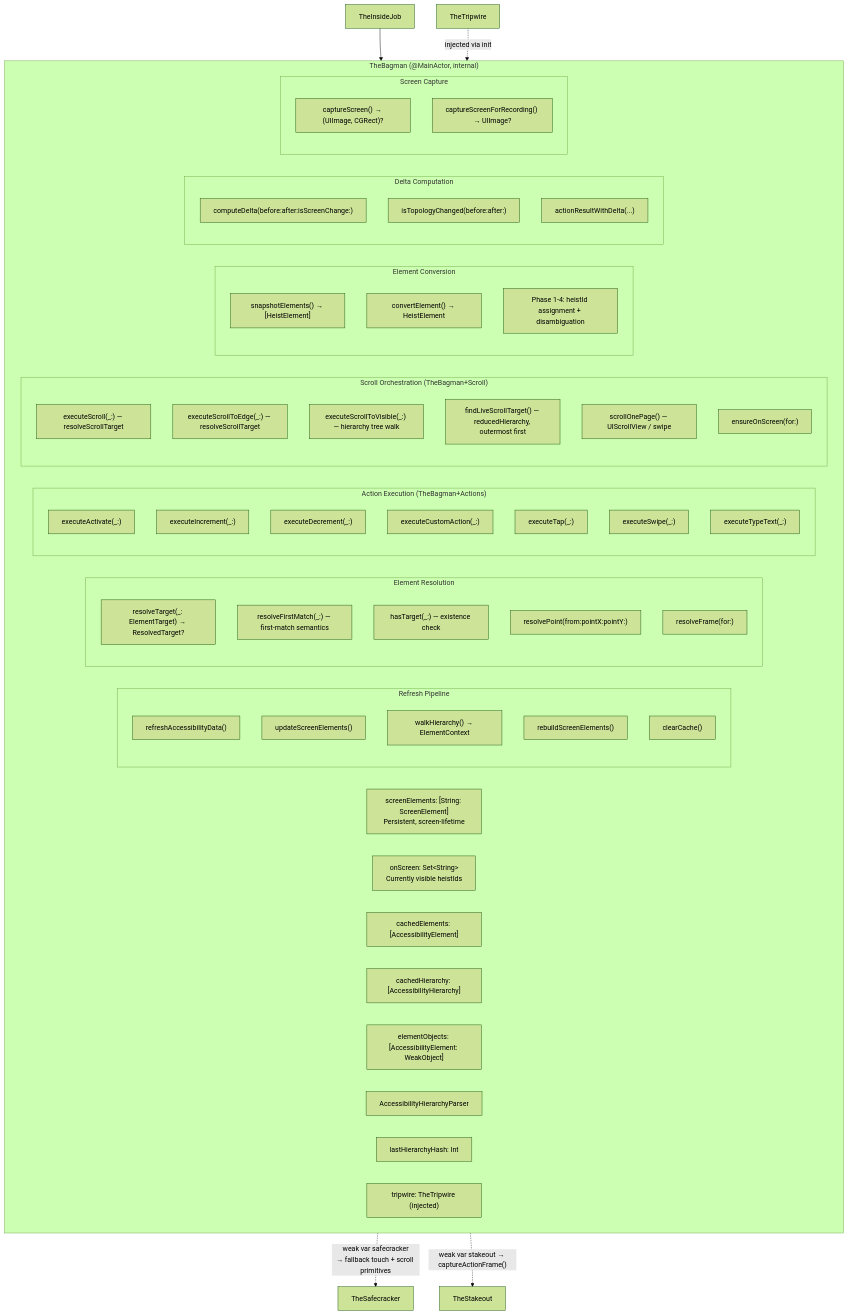
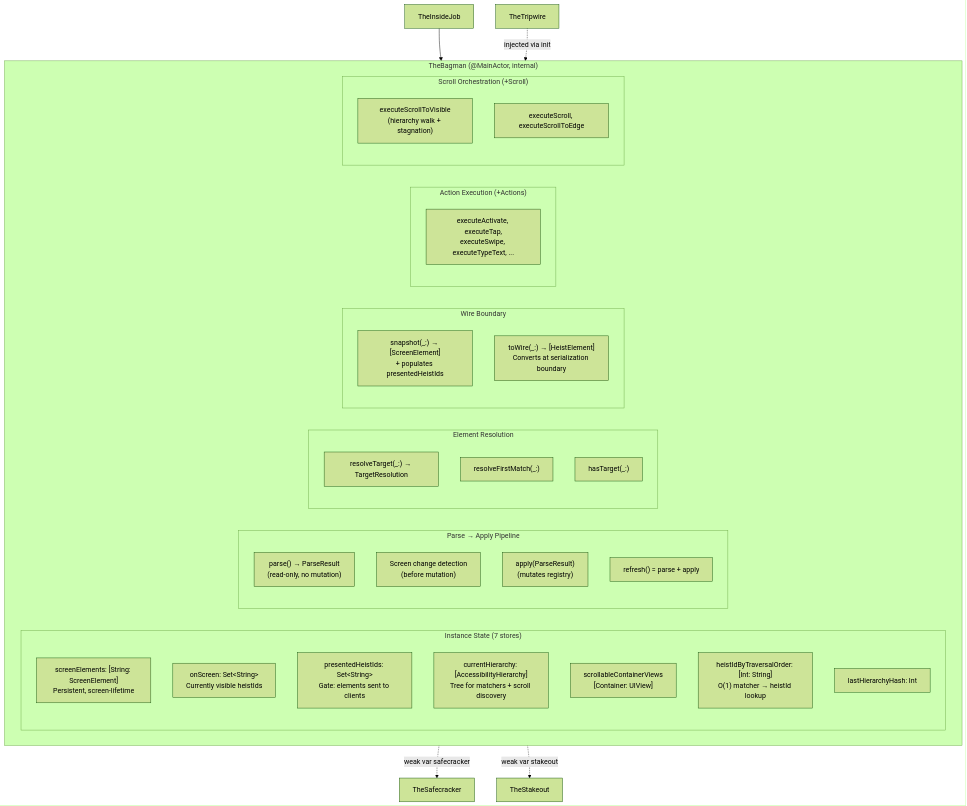
Before and after one commit to RoyalPineapple/TheButtonHeist: the second of 7 diagrams in docs/dossiers/13-THEBAGMAN.md, drawn with Mermaid (forest theme). The commit also changed other lines of this file and 18 other files, not shown here.

First line of the commit message:
Fix full scan cache bug + redesign TheBagman architecture (#197)

````diff
--- a/docs/dossiers/13-THEBAGMAN.md
+++ b/docs/dossiers/13-THEBAGMAN.md
@@ -64,70 +65,46 @@
 ```mermaid
 graph TD
     subgraph TheBagman["TheBagman (@MainActor, internal)"]
-        Registry["screenElements: [String: ScreenElement]<br/>Persistent, screen-lifetime"]
-        OnScreen["onScreen: Set&lt;String&gt;<br/>Currently visible heistIds"]
-        Cache["cachedElements: [AccessibilityElement]"]
-        Hierarchy["cachedHierarchy: [AccessibilityHierarchy]"]
-        WeakRefs["elementObjects: [AccessibilityElement: WeakObject]"]
-        Parser["AccessibilityHierarchyParser"]
-        Hash["lastHierarchyHash: Int"]
-        Tripwire["tripwire: TheTripwire (injected)"]
+        subgraph Stores["Instance State (7 stores)"]
+            Registry["screenElements: [String: ScreenElement]<br/>Persistent, screen-lifetime"]
+            OnScreen["onScreen: Set&lt;String&gt;<br/>Currently visible heistIds"]
+            Presented["presentedHeistIds: Set&lt;String&gt;<br/>Gate: elements sent to clients"]
+            Hierarchy["currentHierarchy: [AccessibilityHierarchy]<br/>Tree for matchers + scroll discovery"]
+            ScrollViews["scrollableContainerViews<br/>[Container: UIView]"]
+            ReverseIdx["heistIdByTraversalOrder: [Int: String]<br/>O(1) matcher → heistId lookup"]
+            Hash["lastHierarchyHash: Int"]
+        end
 
-        subgraph Refresh["Refresh Pipeline"]
-            RefreshData["refreshAccessibilityData()"]
-            UpdateScreen["updateScreenElements()"]
-            WalkHierarchy["walkHierarchy() → ElementContext"]
-            RebuildScreen["rebuildScreenElements()"]
-            ClearCache["clearCache()"]
+        subgraph Pipeline["Parse → Apply Pipeline"]
+            Parse["parse() → ParseResult<br/>(read-only, no mutation)"]
+            Detect["Screen change detection<br/>(before mutation)"]
+            Apply["apply(ParseResult)<br/>(mutates registry)"]
+            Refresh["refresh() = parse + apply"]
         end
 
         subgraph Resolution["Element Resolution"]
-            ResolveTarget["resolveTarget(_: ElementTarget) → ResolvedTarget?"]
-            ResolveFirstMatch["resolveFirstMatch(_:) — first-match semantics"]
-            HasTarget["hasTarget(_:) — existence check"]
-            ResolvePoint["resolvePoint(from:pointX:pointY:)"]
-            ResolveFrame["resolveFrame(for:)"]
+            ResolveTarget["resolveTarget(_:) → TargetResolution"]
+            ResolveFirstMatch["resolveFirstMatch(_:)"]
+            HasTarget["hasTarget(_:)"]
         end
 
-        subgraph Actions["Action Execution (TheBagman+Actions)"]
-            Activate["executeActivate(_:)"]
-            Increment["executeIncrement(_:)"]
-            Decrement["executeDecrement(_:)"]
-            CustomAction["executeCustomAction(_:)"]
-            Tap["executeTap(_:)"]
-            Swipe["executeSwipe(_:)"]
-            TypeText["executeTypeText(_:)"]
+        subgraph Wire["Wire Boundary"]
+            Snapshot["snapshot(_:) → [ScreenElement]<br/>+ populates presentedHeistIds"]
+            ToWire["toWire(_:) → [HeistElement]<br/>Converts at serialization boundary"]
         end
 
-        subgraph Scrolling["Scroll Orchestration (TheBagman+Scroll)"]
-            Scroll["executeScroll(_:) — resolveScrollTarget"]
-            ScrollEdge["executeScrollToEdge(_:) — resolveScrollTarget"]
-            ScrollVisible["executeScrollToVisible(_:) — hierarchy tree walk"]
-            FindTarget["findLiveScrollTarget() — reducedHierarchy, outermost first"]
-            ScrollOnePage["scrollOnePage() — UIScrollView / swipe"]
-            EnsureOnScreen["ensureOnScreen(for:)"]
+        subgraph Actions["Action Execution (+Actions)"]
+            Activate["executeActivate, executeTap,<br/>executeSwipe, executeTypeText, ..."]
         end
 
-        subgraph Conversion["Element Conversion"]
-            Snapshot["snapshotElements() → [HeistElement]"]
-            Convert["convertElement() → HeistElement"]
-            AssignIds["Phase 1-4: heistId assignment + disambiguation"]
-        end
-
-        subgraph Delta["Delta Computation"]
-            ComputeDelta["computeDelta(before:after:isScreenChange:)"]
-            TopoChanged["isTopologyChanged(before:after:)"]
-            ActionResult["actionResultWithDelta(...)"]
-        end
-
-        subgraph Screen["Screen Capture"]
-            CaptureScreen["captureScreen() → (UIImage, CGRect)?"]
-            CaptureRecording["captureScreenForRecording() → UIImage?"]
+        subgraph Scrolling["Scroll Orchestration (+Scroll)"]
+            ScrollVis["executeScrollToVisible<br/>(hierarchy walk + stagnation)"]
+            ScrollCmd["executeScroll, executeScrollToEdge"]
         end
     end
 
     TheInsideJob["TheInsideJob"] --> TheBagman
     TheTripwire["TheTripwire"] -.->|injected via init| TheBagman
-    TheBagman -.->|"weak var safecracker<br/>→ fallback touch + scroll primitives"| TheSafecracker["TheSafecracker"]
-    TheBagman -.->|"weak var stakeout → captureActionFrame()"| TheStakeout["TheStakeout"]
+    TheBagman -.->|"weak var safecracker"| TheSafecracker["TheSafecracker"]
+    TheBagman -.->|"weak var stakeout"| TheStakeout["TheStakeout"]
 ```
````
